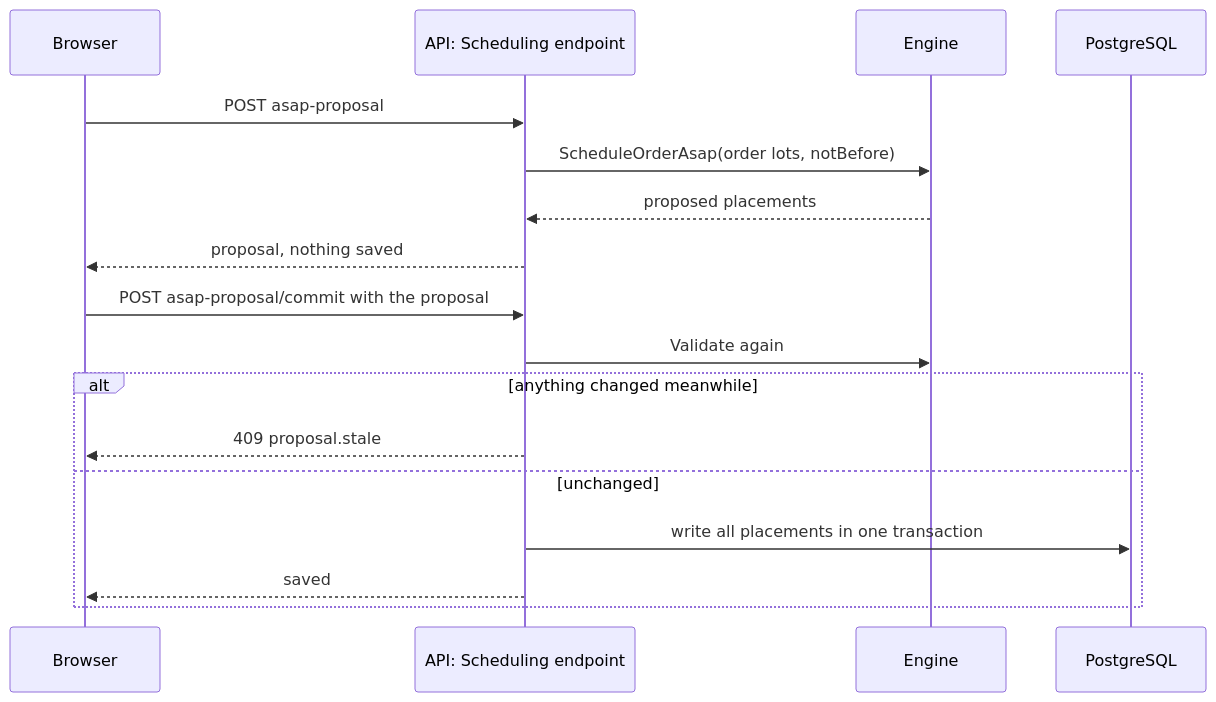
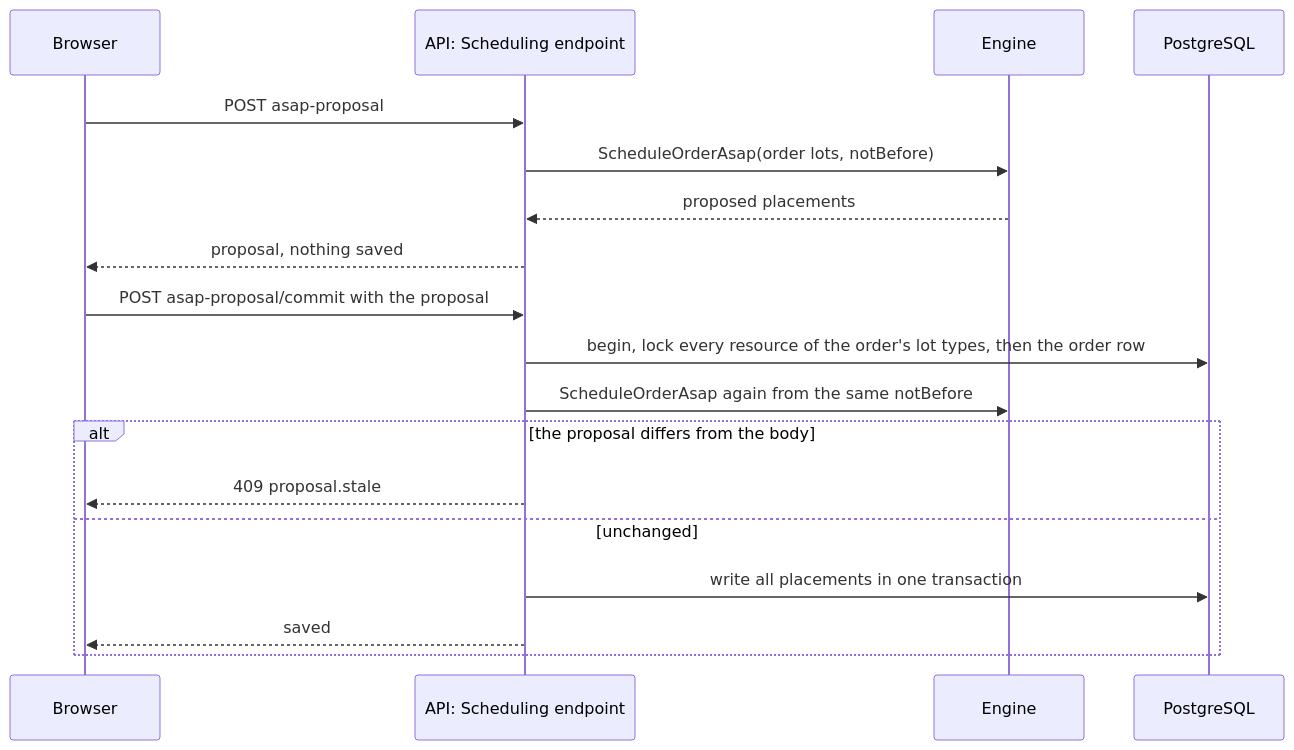
One commit to iamreallyacar/Scheduling changed the third of 4 diagrams in ARCHITECTURE.md. Above: the diagram before and after it, drawn with Mermaid. The commit also changed other lines of this file and 28 other files, not shown here.

First line of the commit message:
Add whole-order proposal and commit

````diff
--- a/ARCHITECTURE.md
+++ b/ARCHITECTURE.md
@@ -169,19 +169,20 @@
 ```mermaid
 sequenceDiagram
     participant UI as Browser
     participant Api as API: Scheduling endpoint
     participant Eng as Engine
     participant Db as PostgreSQL
     UI->>Api: POST asap-proposal
     Api->>Eng: ScheduleOrderAsap(order lots, notBefore)
     Eng-->>Api: proposed placements
     Api-->>UI: proposal, nothing saved
     UI->>Api: POST asap-proposal/commit with the proposal
-    Api->>Eng: Validate again
-    alt anything changed meanwhile
+    Api->>Db: begin, lock every resource of the order's lot types, then the order row
+    Api->>Eng: ScheduleOrderAsap again from the same notBefore
+    alt the proposal differs from the body
         Api-->>UI: 409 proposal.stale
     else unchanged
         Api->>Db: write all placements in one transaction
         Api-->>UI: saved
     end
 ```
````
